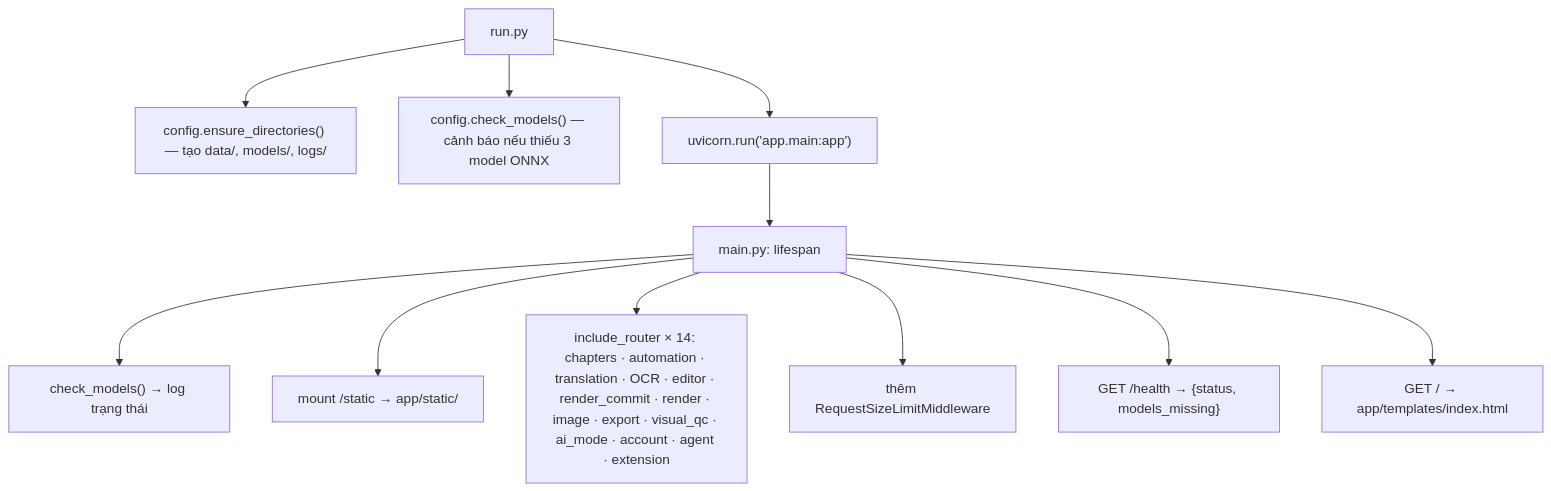
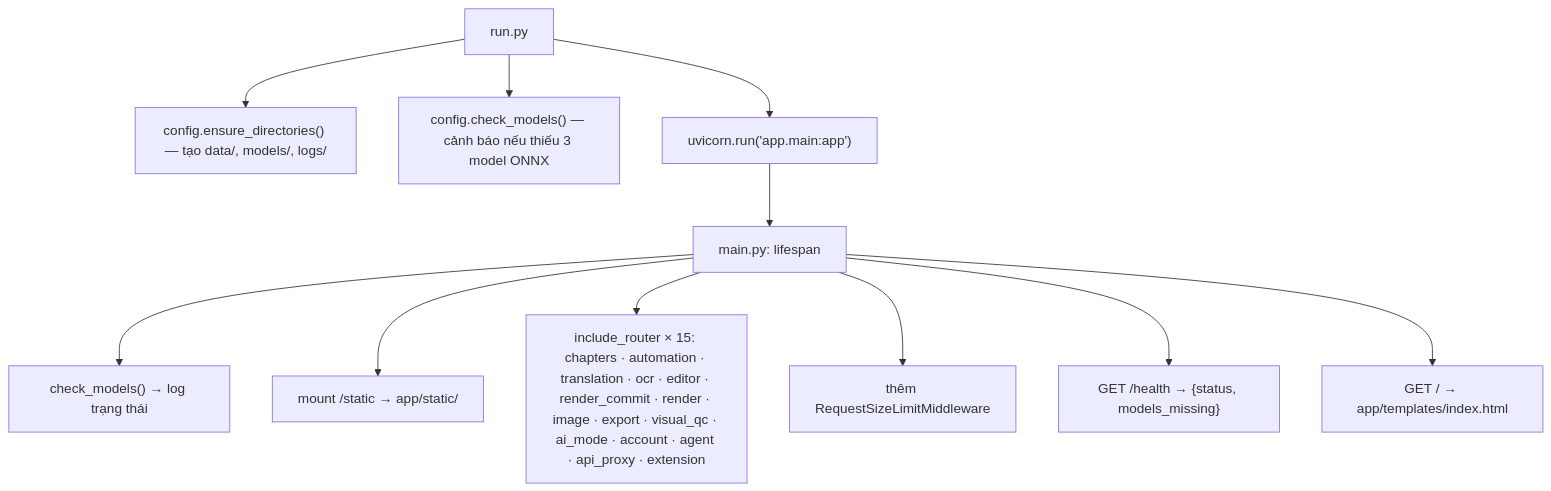
Before and after one commit to tuantran00541-spec/manga-translator: the second of 12 diagrams in docs/ARCHITECTURE.md, drawn with Mermaid. The commit also changed other lines of this file and 47 other files, not shown here.

Commit message:
Harden security, fix audit bugs across proxy/AI mode/agent/UI/CI, and update docs

````diff
--- a/docs/ARCHITECTURE.md
+++ b/docs/ARCHITECTURE.md
@@ -80,13 +83,13 @@
 ```mermaid
 flowchart TD
     A["run.py"] --> B["config.ensure_directories() — tạo data/, models/, logs/"]
     A --> C["config.check_models() — cảnh báo nếu thiếu 3 model ONNX"]
     A --> D["uvicorn.run('app.main:app')"]
     D --> E["main.py: lifespan"]
     E --> F["check_models() → log trạng thái"]
     E --> G["mount /static → app/static/"]
-    E --> H["include_router × 14: chapters · automation · translation · OCR · editor · render_commit · render · image · export · visual_qc · ai_mode · account · agent · extension"]
+    E --> H["include_router × 15: chapters · automation · translation · ocr · editor · render_commit · render · image · export · visual_qc · ai_mode · account · agent · api_proxy · extension"]
     E --> I["thêm RequestSizeLimitMiddleware"]
     E --> J["GET /health → {status, models_missing}"]
     E --> K["GET / → app/templates/index.html"]
 ```
````
